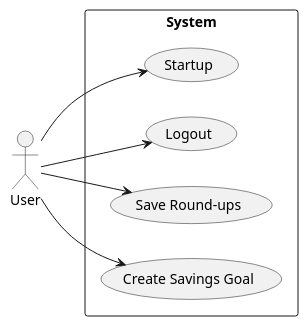
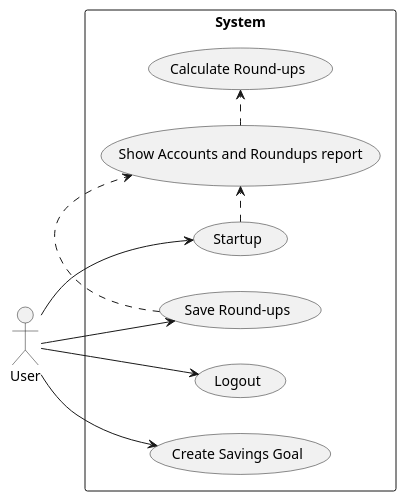
The diagram in diagrams/Use Case Diagram.puml (hristo-stefanov/MiniBankingDemo), drawn with PlantUML before and after one commit. The commit also changed 10 other files, not shown here.

```diff
--- a/diagrams/Use Case Diagram.puml
+++ b/diagrams/Use Case Diagram.puml
@@ -1,18 +1,25 @@
 @startuml
 'https://plantuml.com/use-case-diagram
 
 left to right direction
 actor User
+
 rectangle System {
 usecase Startup
 usecase Logout
 usecase "Save Round-ups"
 usecase "Create Savings Goal"
+usecase "Show Accounts and Roundups report"
+usecase "Calculate Round-ups"
 }
 
 User --> Startup
 User --> "Save Round-ups"
 User --> "Create Savings Goal"
 User --> "Logout"
 
+Startup .> "Show Accounts and Roundups report"
+"Save Round-ups" .> "Show Accounts and Roundups report"
+"Show Accounts and Roundups report" .> "Calculate Round-ups"
+
 @enduml
```
